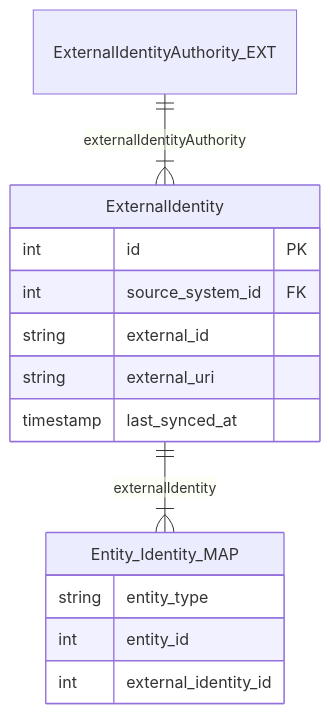
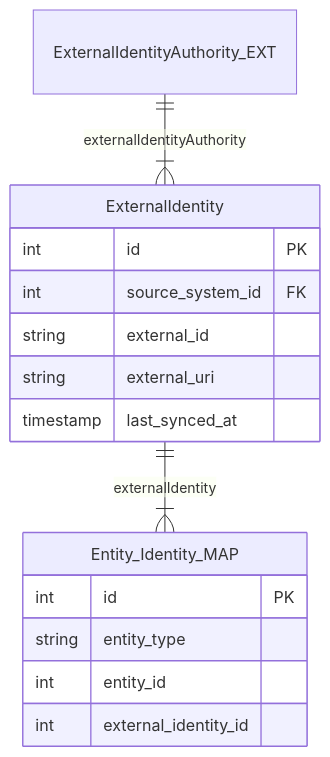
Before and after one commit to vicflora/vicflora-data-model-2026: the ninth of 19 diagrams in docs/layers.md, drawn with Mermaid. The commit also changed other lines of this file and 84 other files, not shown here.

````diff
--- a/docs/layers.md
+++ b/docs/layers.md
@@ -430,23 +434,24 @@
 ```mermaid
 ---
 config:
   layout: elk
 ---
 erDiagram
     ExternalIdentityAuthority_EXT ||--|{ ExternalIdentity : "externalIdentityAuthority"
     ExternalIdentity ||--|{ Entity_Identity_MAP : "externalIdentity"
 
     ExternalIdentity {
         int id PK
         int source_system_id FK 
         string external_id
         string external_uri
         timestamp last_synced_at
     }
 
     Entity_Identity_MAP {
-      string entity_type
-      int entity_id
-      int external_identity_id
+        int id PK
+        string entity_type
+        int entity_id
+        int external_identity_id
     }
 ```
````
